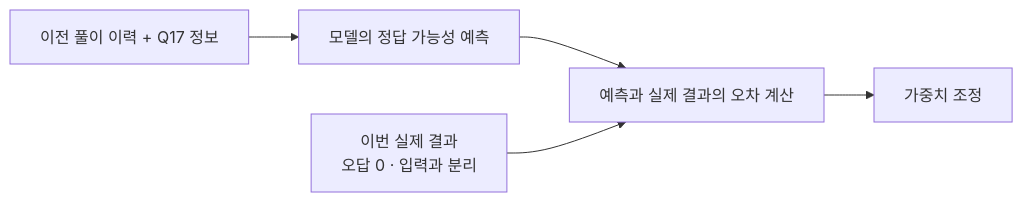
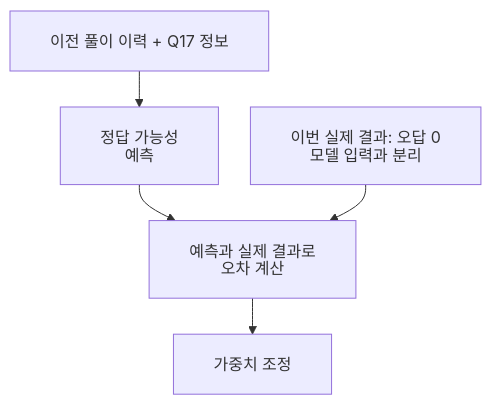
Before and after one commit to WaterMinCho/programming-study: the first of 4 diagrams in docs/LEARNING_MISSIONS.md, drawn with Mermaid. The commit also changed other lines of this file and 15 other files, not shown here.

````diff
--- a/docs/LEARNING_MISSIONS.md
+++ b/docs/LEARNING_MISSIONS.md
@@ -49,7 +49,16 @@
 ```mermaid
-flowchart LR
-    A["이전 풀이 이력 + Q17 정보"] --> B["모델의 정답 가능성 예측"]
-    B --> C["예측과 실제 결과의 오차 계산"]
-    Y["이번 실제 결과<br/>오답 0 · 입력과 분리"] --> C
+---
+config:
+  htmlLabels: false
+  flowchart:
+    padding: 20
+    wrappingWidth: 240
+    nodeSpacing: 32
+    rankSpacing: 36
+---
+flowchart TD
+    A["이전 풀이 이력 + Q17 정보"] --> B["정답 가능성<br/>예측"]
+    B --> C["예측과 실제 결과로<br/>오차 계산"]
+    Y["이번 실제 결과: 오답 0<br/>모델 입력과 분리"] --> C
     C --> D["가중치 조정"]
 ```
````
